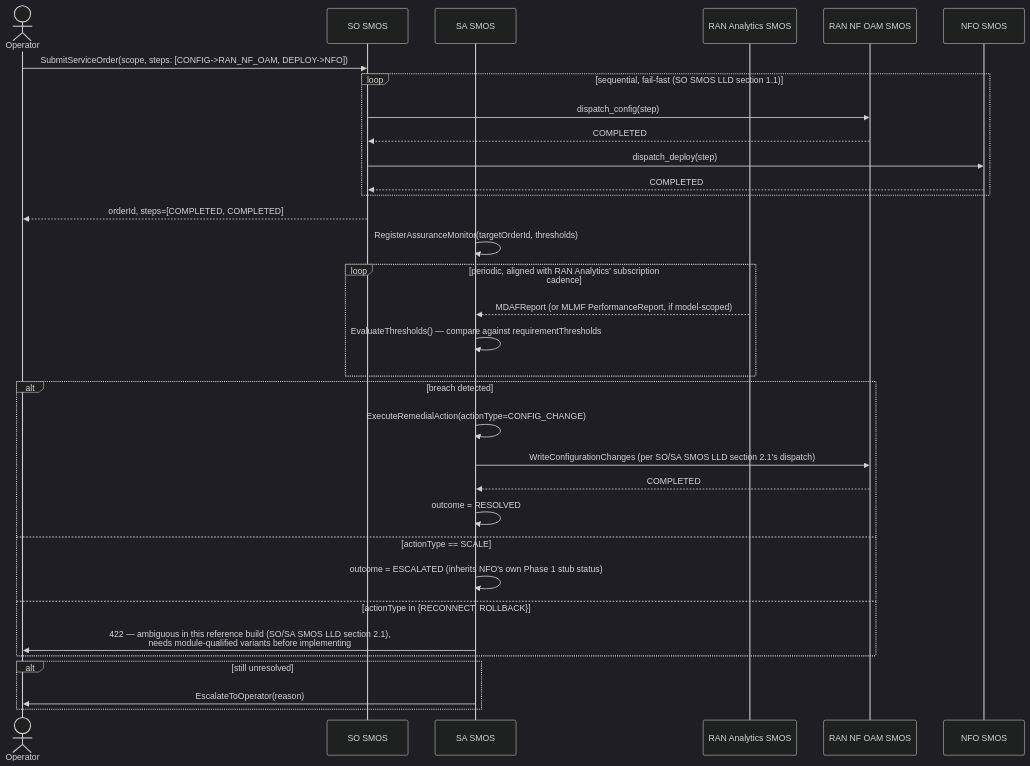
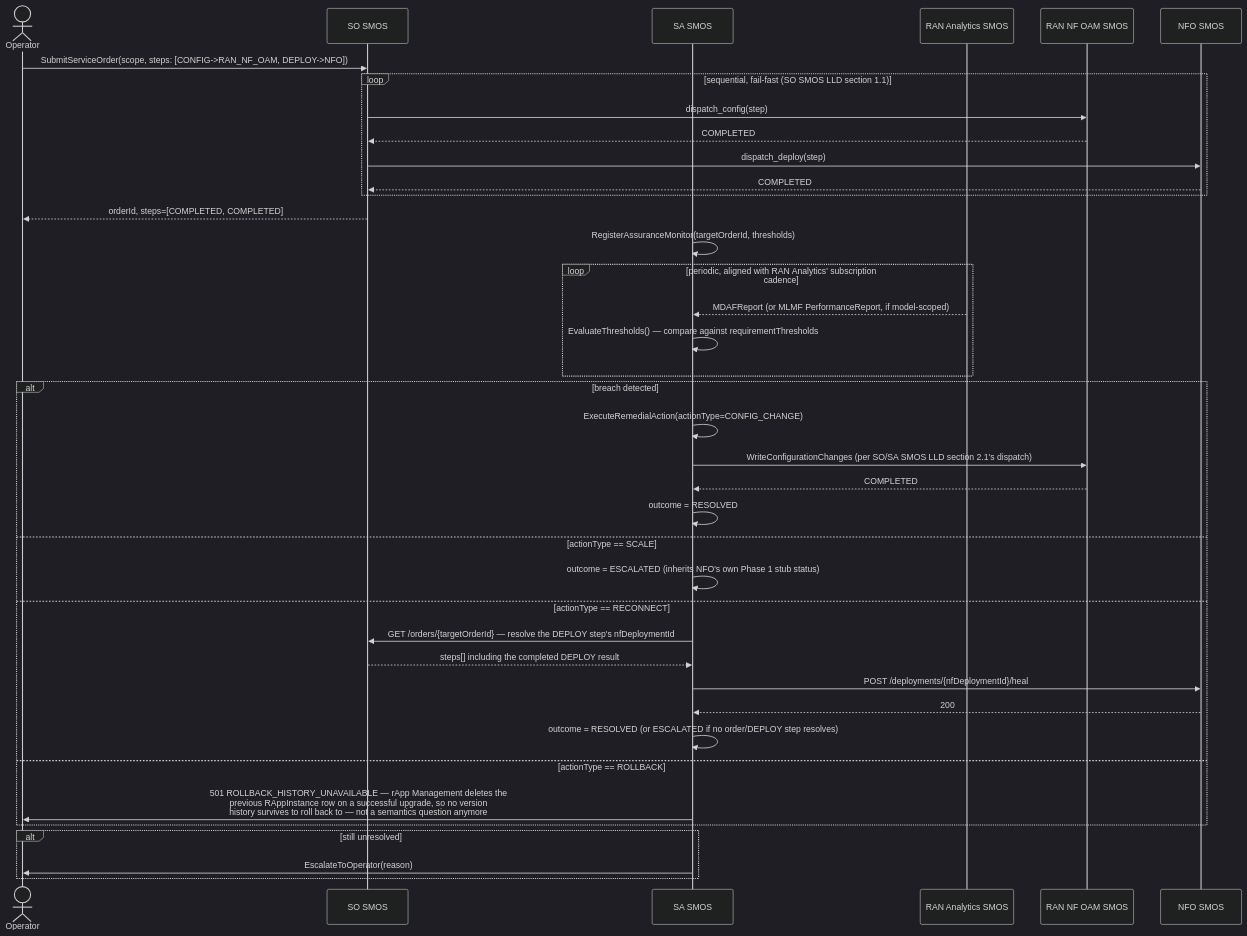
The diagram in smo/docs/call-flows/04-closed-loop-assurance.md (rsys-bshankar/ai-ran-ref), drawn with Mermaid (dark theme) before and after one commit. The commit also changed other lines of this file and 15 other files, not shown here.

````diff
--- a/smo/docs/call-flows/04-closed-loop-assurance.md
+++ b/smo/docs/call-flows/04-closed-loop-assurance.md
@@ -6,39 +6,45 @@
 ```mermaid
 sequenceDiagram
     actor Operator
     participant SO as SO SMOS
     participant SA as SA SMOS
     participant RanA as RAN Analytics SMOS
     participant NFOAM as RAN NF OAM SMOS
     participant NFO as NFO SMOS
 
     Operator->>SO: SubmitServiceOrder(scope, steps: [CONFIG->RAN_NF_OAM, DEPLOY->NFO])
     loop sequential, fail-fast (SO SMOS LLD section 1.1)
         SO->>NFOAM: dispatch_config(step)
         NFOAM-->>SO: COMPLETED
         SO->>NFO: dispatch_deploy(step)
         NFO-->>SO: COMPLETED
     end
     SO-->>Operator: orderId, steps=[COMPLETED, COMPLETED]
 
     SA->>SA: RegisterAssuranceMonitor(targetOrderId, thresholds)
     loop periodic, aligned with RAN Analytics' subscription cadence
         RanA-->>SA: MDAFReport (or MLMF PerformanceReport, if model-scoped)
         SA->>SA: EvaluateThresholds() — compare against requirementThresholds
     end
 
     alt breach detected
         SA->>SA: ExecuteRemedialAction(actionType=CONFIG_CHANGE)
         SA->>NFOAM: WriteConfigurationChanges (per SO/SA SMOS LLD section 2.1's dispatch)
         NFOAM-->>SA: COMPLETED
         SA->>SA: outcome = RESOLVED
     else actionType == SCALE
         SA->>SA: outcome = ESCALATED (inherits NFO's own Phase 1 stub status)
-    else actionType in {RECONNECT, ROLLBACK}
-        SA->>Operator: 422 — ambiguous in this reference build (SO/SA SMOS LLD section 2.1),<br/>needs module-qualified variants before implementing
+    else actionType == RECONNECT
+        SA->>SO: GET /orders/{targetOrderId} — resolve the DEPLOY step's nfDeploymentId
+        SO-->>SA: steps[] including the completed DEPLOY result
+        SA->>NFO: POST /deployments/{nfDeploymentId}/heal
+        NFO-->>SA: 200
+        SA->>SA: outcome = RESOLVED (or ESCALATED if no order/DEPLOY step resolves)
+    else actionType == ROLLBACK
+        SA->>Operator: 501 ROLLBACK_HISTORY_UNAVAILABLE — rApp Management deletes the<br/>previous RAppInstance row on a successful upgrade, so no version<br/>history survives to roll back to — not a semantics question anymore
     end
 
     alt still unresolved
         SA->>Operator: EscalateToOperator(reason)
     end
 ```
````
